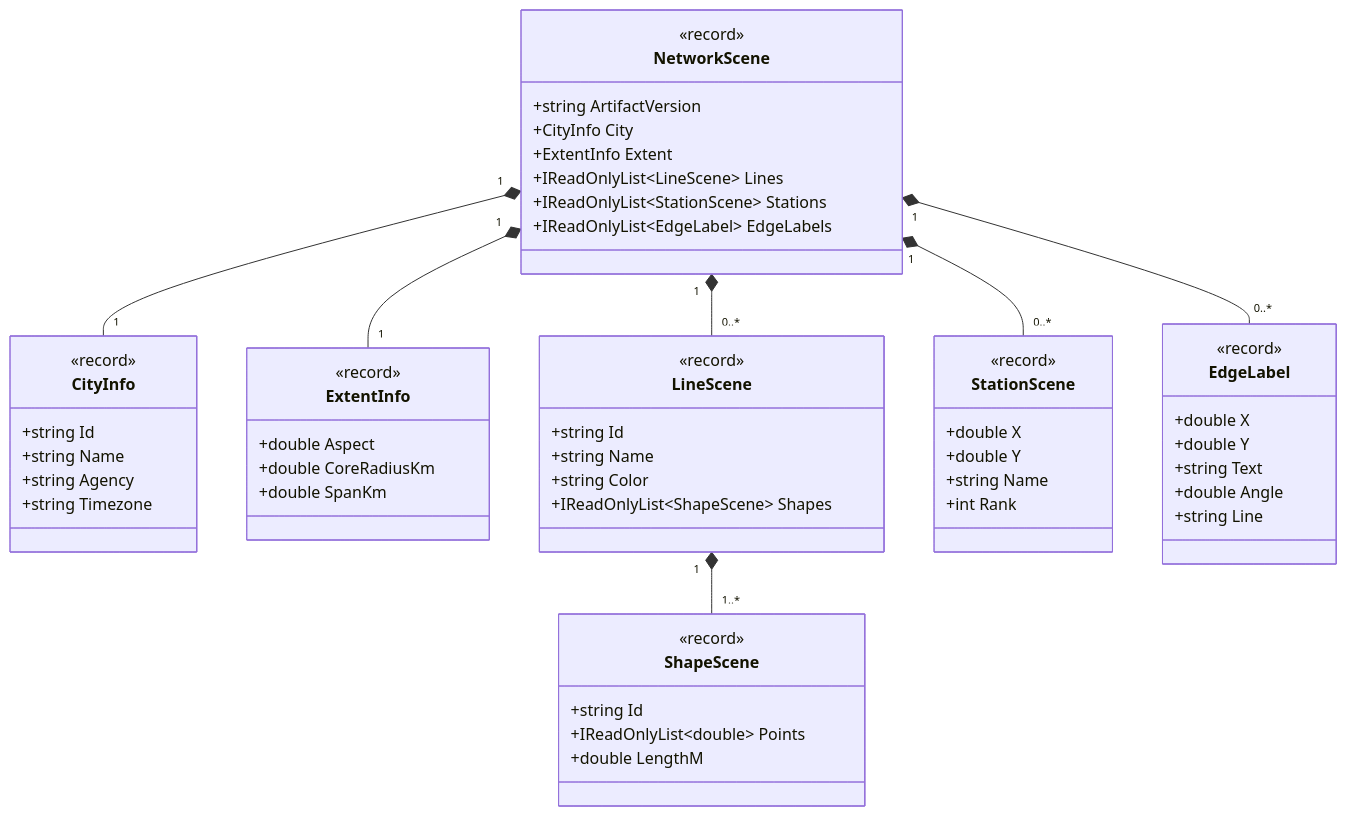
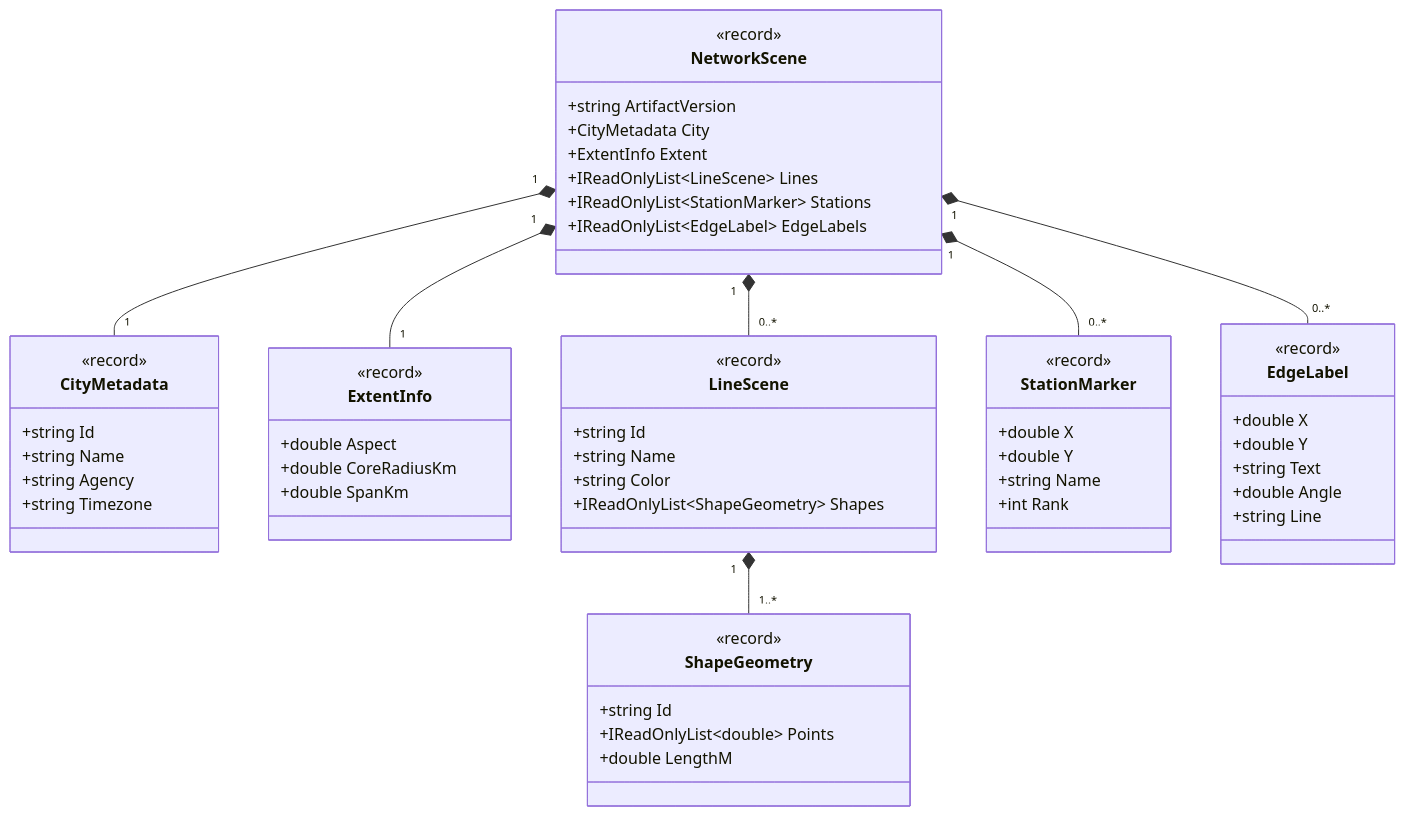
One commit to kwidmer64/metrodisplay changed the second of 10 diagrams in docs/design/2026-09-23-uml.md. Above: the diagram before and after it, drawn with Mermaid. The commit also changed other lines of this file and 10 other files, not shown here.

````diff
--- a/docs/design/2026-09-23-uml.md
+++ b/docs/design/2026-09-23-uml.md
@@ -104,68 +104,68 @@
 ```mermaid
 classDiagram
   direction TB
 
   class NetworkScene {
     <<record>>
     +string ArtifactVersion
-    +CityInfo City
+    +CityMetadata City
     +ExtentInfo Extent
     +IReadOnlyList~LineScene~ Lines
-    +IReadOnlyList~StationScene~ Stations
+    +IReadOnlyList~StationMarker~ Stations
     +IReadOnlyList~EdgeLabel~ EdgeLabels
   }
 
-  class CityInfo {
+  class CityMetadata {
     <<record>>
     +string Id
     +string Name
     +string Agency
     +string Timezone
   }
 
   class ExtentInfo {
     <<record>>
     +double Aspect
     +double CoreRadiusKm
     +double SpanKm
   }
 
   class LineScene {
     <<record>>
     +string Id
     +string Name
     +string Color
-    +IReadOnlyList~ShapeScene~ Shapes
+    +IReadOnlyList~ShapeGeometry~ Shapes
   }
 
-  class ShapeScene {
+  class ShapeGeometry {
     <<record>>
     +string Id
     +IReadOnlyList~double~ Points
     +double LengthM
   }
 
-  class StationScene {
+  class StationMarker {
     <<record>>
     +double X
     +double Y
     +string Name
     +int Rank
   }
 
   class EdgeLabel {
     <<record>>
     +double X
     +double Y
     +string Text
     +double Angle
     +string Line
   }
 
-  NetworkScene "1" *-- "1" CityInfo
+  NetworkScene "1" *-- "1" CityMetadata
   NetworkScene "1" *-- "1" ExtentInfo
   NetworkScene "1" *-- "0..*" LineScene
-  NetworkScene "1" *-- "0..*" StationScene
+  NetworkScene "1" *-- "0..*" StationMarker
   NetworkScene "1" *-- "0..*" EdgeLabel
-  LineScene "1" *-- "1..*" ShapeScene
+  LineScene "1" *-- "1..*" ShapeGeometry
 ```
````
